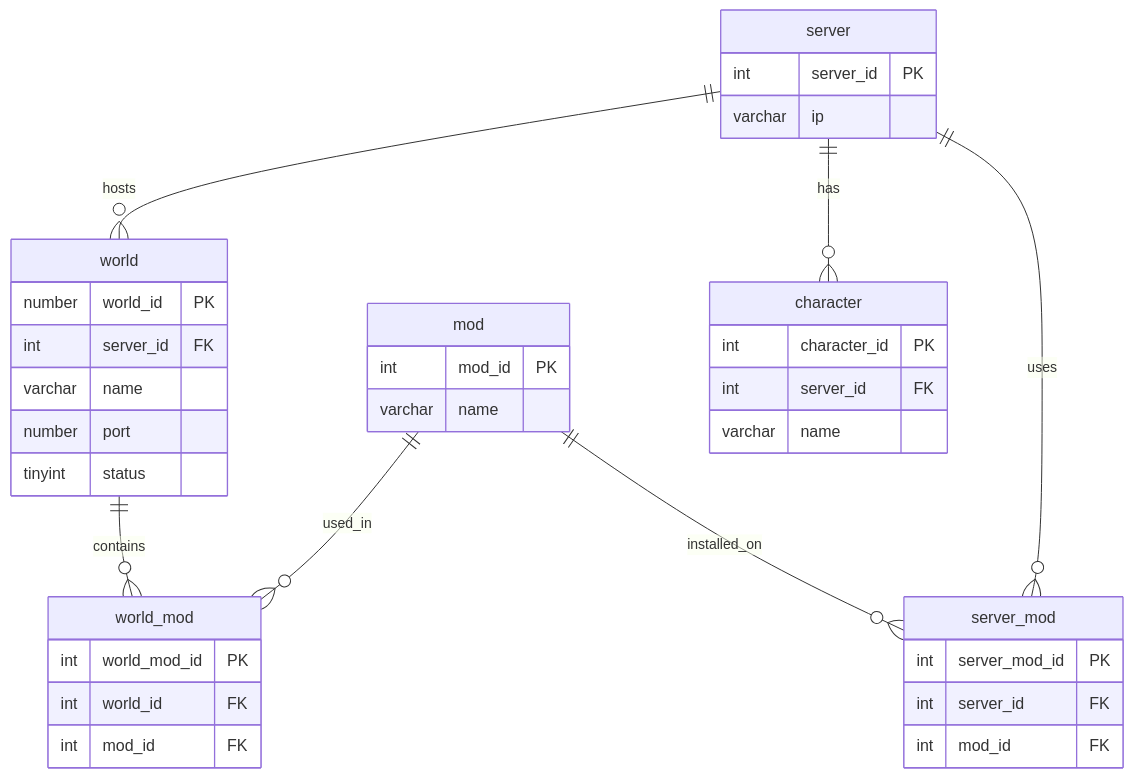
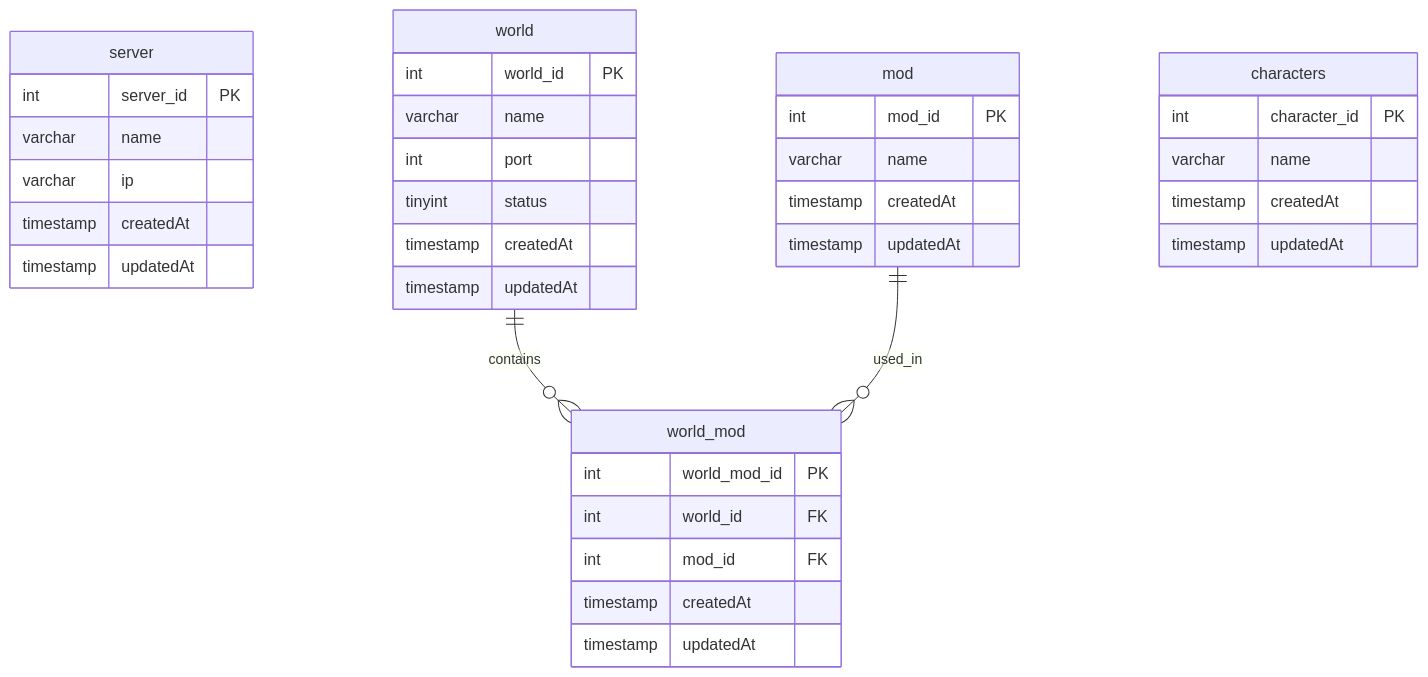
One commit to longlt201203/terraria-server-control changed the second of 2 diagrams in diagrams.md. Above: the diagram before and after it, drawn with Mermaid. The commit also changed other lines of this file and 25 other files, not shown here.

````diff
--- a/diagrams.md
+++ b/diagrams.md
@@ -13,45 +11,44 @@
 ```mermaid
 erDiagram
     server {
         int server_id PK
+        varchar name
         varchar ip
+        timestamp createdAt
+        timestamp updatedAt
     }
     
     world {
-        number world_id PK
-        int server_id FK
+        int world_id PK
         varchar name
-        number port
+        int port
         tinyint status
+        timestamp createdAt
+        timestamp updatedAt
     }
     
     mod {
         int mod_id PK
         varchar name
-    }
-    
-    server_mod {
-        int server_mod_id PK
-        int server_id FK
-        int mod_id FK
+        timestamp createdAt
+        timestamp updatedAt
     }
     
     world_mod {
         int world_mod_id PK
         int world_id FK
         int mod_id FK
-    }
-
-    character {
-        int character_id PK
-        int server_id FK
-        varchar name
+        timestamp createdAt
+        timestamp updatedAt
     }
     
-    server ||--o{ world : "hosts"
-    server ||--o{ server_mod : "uses"
-    server ||--o{ character : "has"
-    mod ||--o{ server_mod : "installed_on"
+    characters {
+        int character_id PK
+        varchar name
+        timestamp createdAt
+        timestamp updatedAt
+    }
+    
+    world ||--o{ world_mod : "contains"
     mod ||--o{ world_mod : "used_in"
-    world ||--o{ world_mod : "contains"
 ```
````
